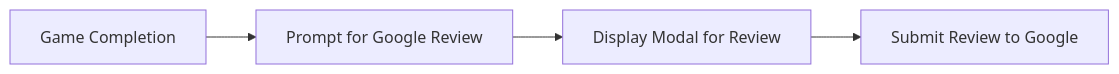
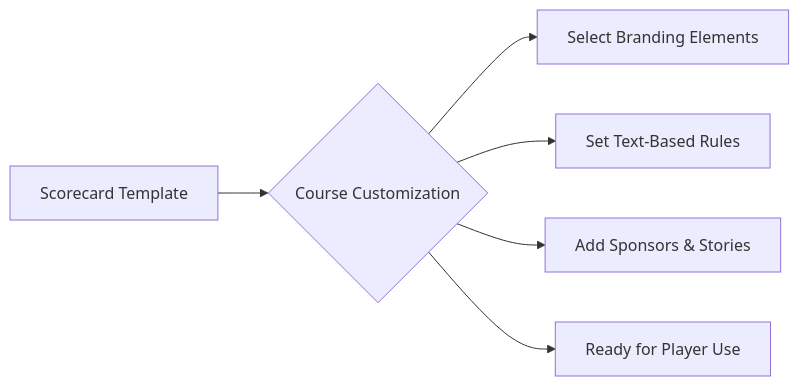
One commit to CraftLogan/solunar-server changed the second of 2 diagrams in .planning/overview.md. Above: the diagram before and after it, drawn with Mermaid. The commit also changed other lines of this file, not shown here.

````diff
--- a/.planning/overview.md
+++ b/.planning/overview.md
@@ -51,6 +40,8 @@
 ```mermaid
 graph LR;
-    A[Game Completion] --> B[Prompt for Google Review];
-    B --> C[Display Modal for Review];
-    C --> D[Submit Review to Google];
+    H[Scorecard Template] --> I{Course Customization};
+    I --> J[Select Branding Elements];
+    I --> K[Set Text-Based Rules];
+    I --> L[Add Sponsors & Stories];
+    I --> M[Ready for Player Use];
 ```
````
